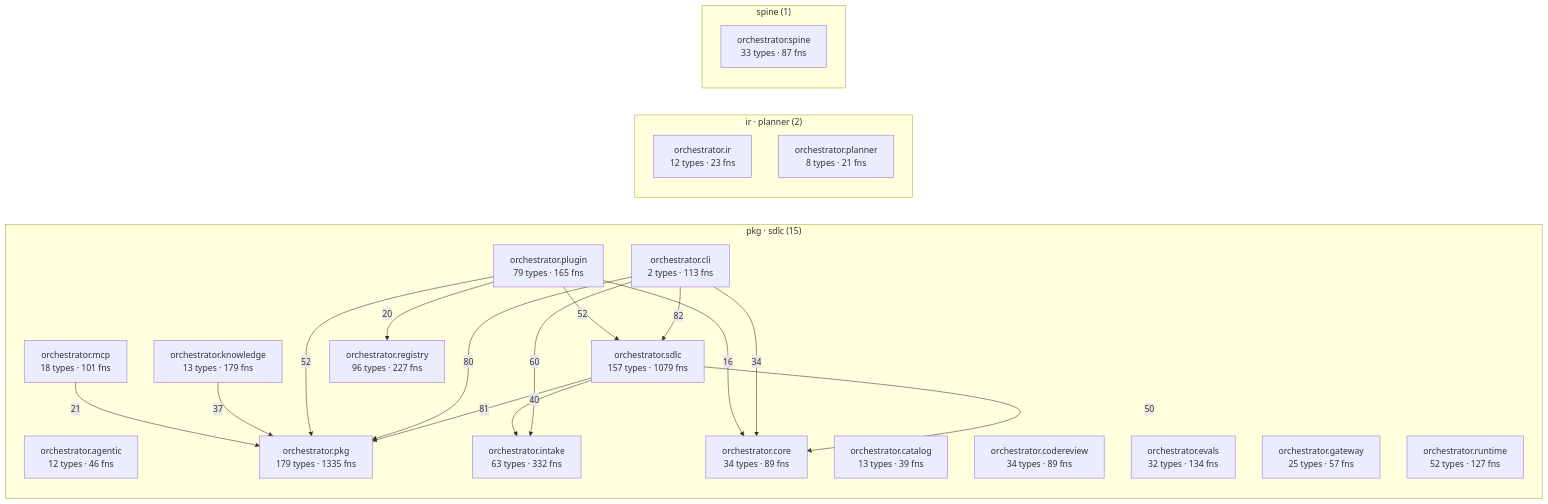
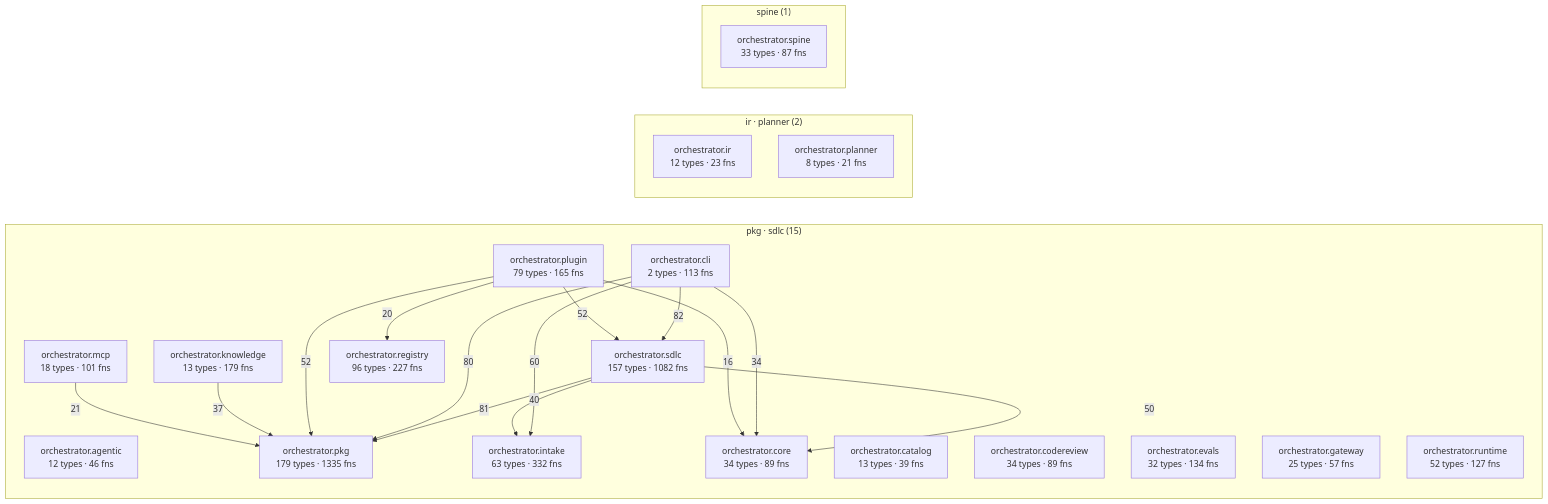
One commit to synaptixs/spine changed the diagram in episteme/architecture.md. Above: the diagram before and after it, drawn with Mermaid. The commit also changed other lines of this file and 6 other files, not shown here.

````diff
--- a/episteme/architecture.md
+++ b/episteme/architecture.md
@@ -56,40 +56,40 @@
 ```mermaid
 flowchart LR
   subgraph c_2["pkg · sdlc (15)"]
     aorchestratoragentic["orchestrator.agentic<br/>12 types · 46 fns"]
     aorchestratorcatalog["orchestrator.catalog<br/>13 types · 39 fns"]
     aorchestratorcli["orchestrator.cli<br/>2 types · 113 fns"]
     aorchestratorcodereview["orchestrator.codereview<br/>34 types · 89 fns"]
     aorchestratorcore["orchestrator.core<br/>34 types · 89 fns"]
     aorchestratorevals["orchestrator.evals<br/>32 types · 134 fns"]
     aorchestratorgateway["orchestrator.gateway<br/>25 types · 57 fns"]
     aorchestratorintake["orchestrator.intake<br/>63 types · 332 fns"]
     aorchestratorknowledge["orchestrator.knowledge<br/>13 types · 179 fns"]
     aorchestratormcp["orchestrator.mcp<br/>18 types · 101 fns"]
     aorchestratorpkg["orchestrator.pkg<br/>179 types · 1335 fns"]
     aorchestratorplugin["orchestrator.plugin<br/>79 types · 165 fns"]
     aorchestratorregistry["orchestrator.registry<br/>96 types · 227 fns"]
     aorchestratorruntime["orchestrator.runtime<br/>52 types · 127 fns"]
-    aorchestratorsdlc["orchestrator.sdlc<br/>157 types · 1079 fns"]
+    aorchestratorsdlc["orchestrator.sdlc<br/>157 types · 1082 fns"]
   end
   subgraph c_5["ir · planner (2)"]
     aorchestratorir["orchestrator.ir<br/>12 types · 23 fns"]
     aorchestratorplanner["orchestrator.planner<br/>8 types · 21 fns"]
   end
   subgraph c_10["spine (1)"]
     aorchestratorspine["orchestrator.spine<br/>33 types · 87 fns"]
   end
   aorchestratorcli -->|82| aorchestratorsdlc
   aorchestratorsdlc -->|81| aorchestratorpkg
   aorchestratorcli -->|80| aorchestratorpkg
   aorchestratorcli -->|60| aorchestratorintake
   aorchestratorplugin -->|52| aorchestratorpkg
   aorchestratorplugin -->|52| aorchestratorsdlc
   aorchestratorsdlc -->|50| aorchestratorcore
   aorchestratorsdlc -->|40| aorchestratorintake
   aorchestratorknowledge -->|37| aorchestratorpkg
   aorchestratorcli -->|34| aorchestratorcore
   aorchestratormcp -->|21| aorchestratorpkg
   aorchestratorplugin -->|20| aorchestratorregistry
   aorchestratorplugin -->|16| aorchestratorcore
 ```
````
